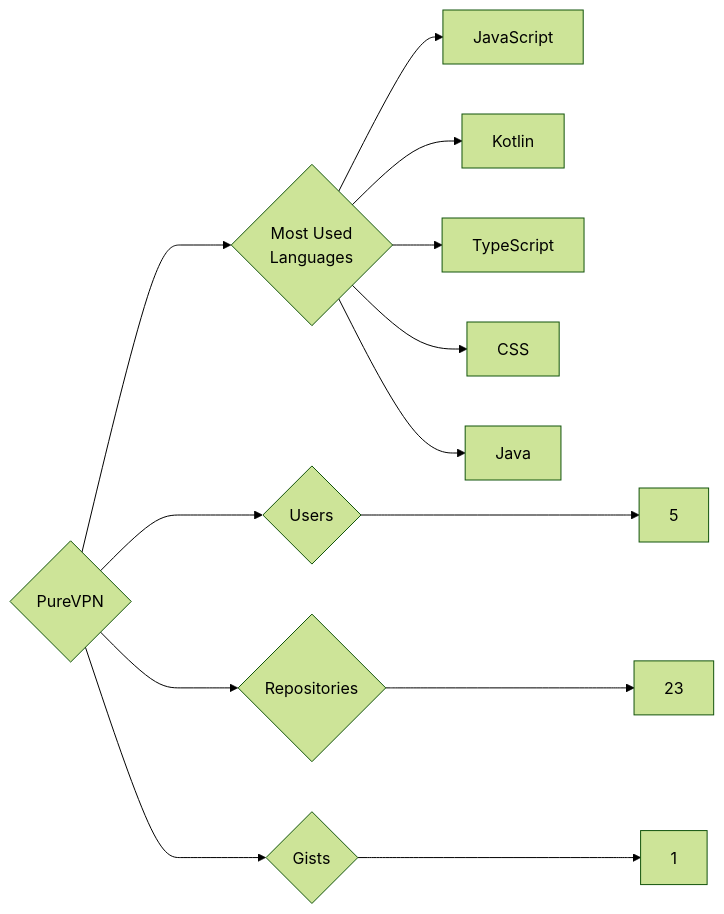
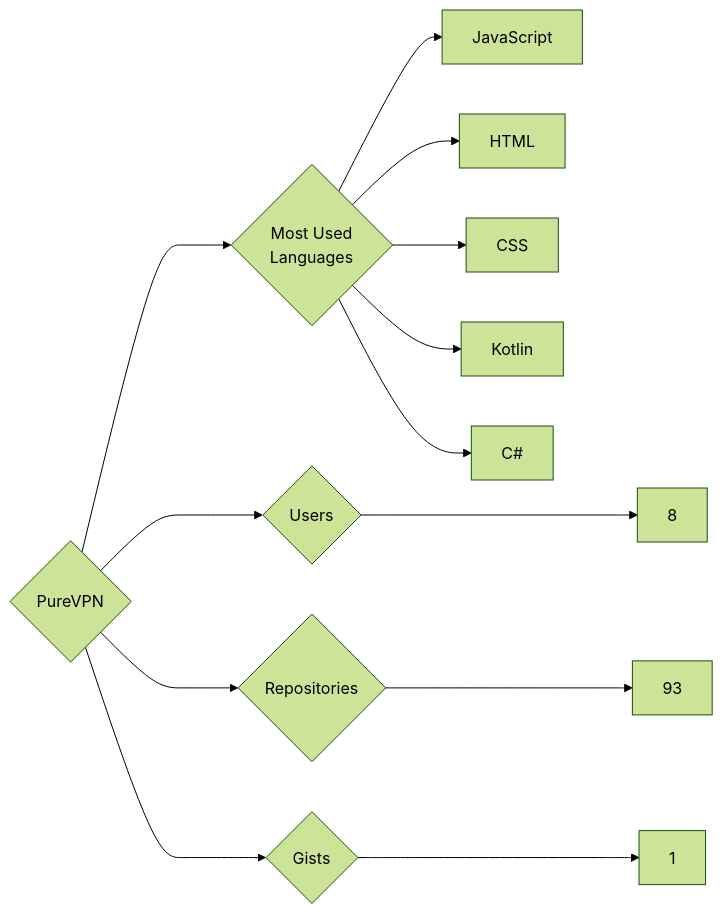
The diagram in targets/PureVPN/README.md (trickest/insiders), drawn with Mermaid (forest theme) before and after one commit. The commit also changed 912 other files, not shown here.

````diff
--- a/targets/PureVPN/README.md
+++ b/targets/PureVPN/README.md
@@ -3,13 +3,13 @@
 ```mermaid
 graph LR
 COMPANY_NAME{PureVPN}
-COMPANY_NAME ---> U{Users} ---> UN[5]
-COMPANY_NAME ---> R{Repositories} ---> RN[23]
+COMPANY_NAME ---> U{Users} ---> UN[8]
+COMPANY_NAME ---> R{Repositories} ---> RN[93]
 COMPANY_NAME ---> G{Gists} ---> GN[1]
 COMPANY_NAME ---> ML{Most Used<br>Languages}
 ML --> JavaScript[JavaScript]
+ML --> HTML[HTML]
+ML --> CSS[CSS]
 ML --> Kotlin[Kotlin]
-ML --> TypeScript[TypeScript]
-ML --> CSS[CSS]
-ML --> Java[Java]
+ML --> C#[C#]
 ```
````
